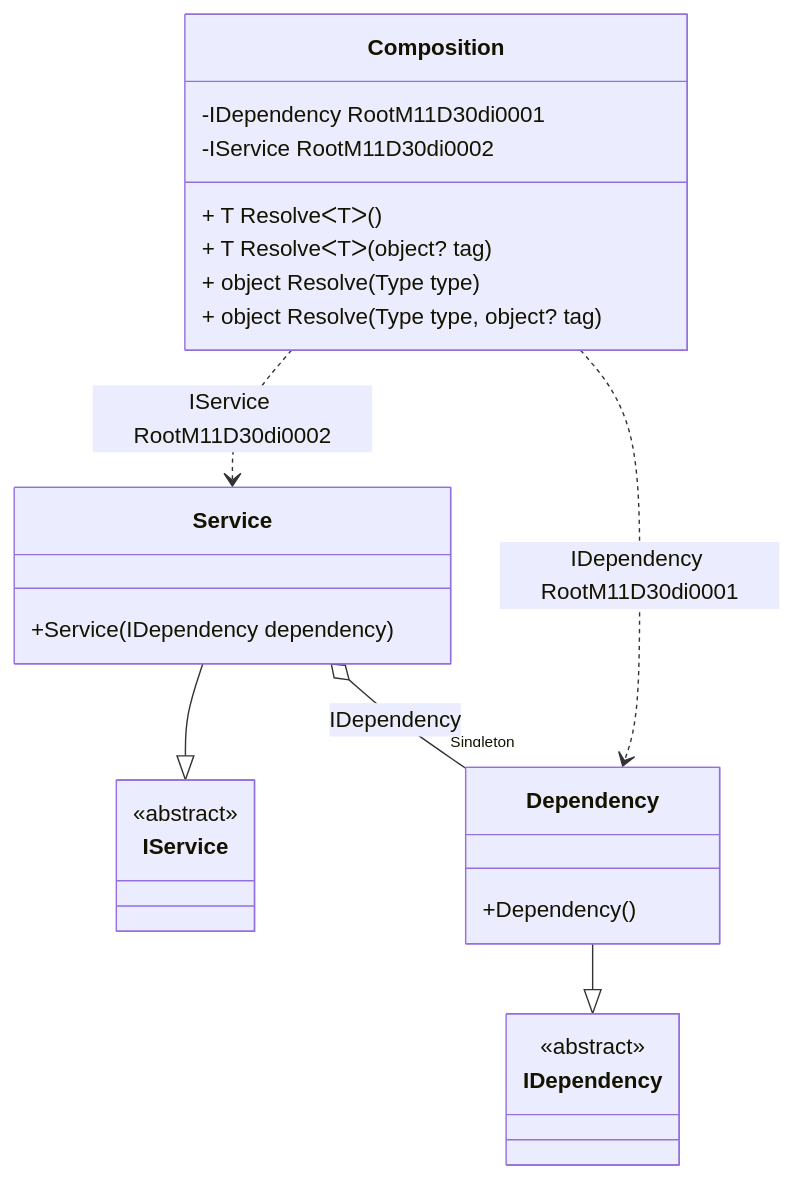
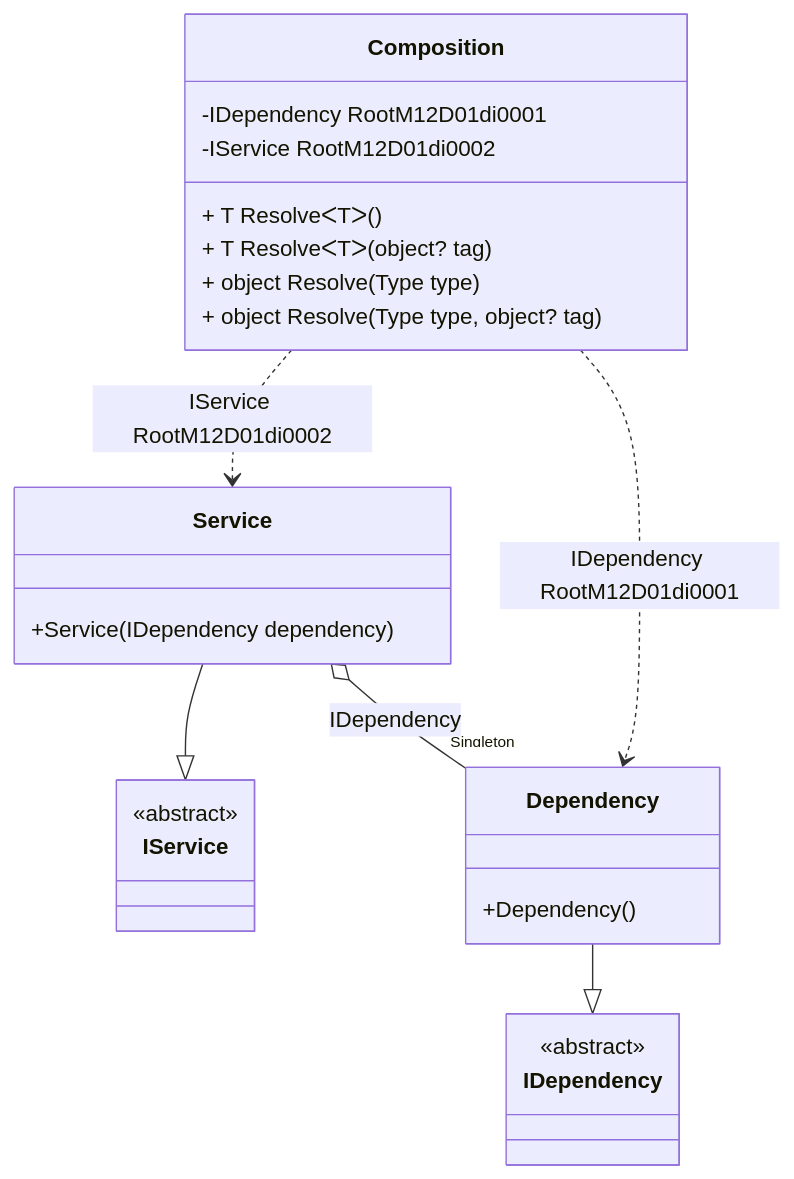
One commit to DevTeam/Pure.DI changed the diagram in readme/service-collection.md. Above: the diagram before and after it, drawn with Mermaid. The commit also changed other lines of this file and 72 other files, not shown here.

````diff
--- a/readme/service-collection.md
+++ b/readme/service-collection.md
@@ -50,28 +50,28 @@
 ```mermaid
 classDiagram
   class Composition {
-    -IDependency RootM11D30di0001
-    -IService RootM11D30di0002
+    -IDependency RootM12D01di0001
+    -IService RootM12D01di0002
     + T ResolveᐸTᐳ()
     + T ResolveᐸTᐳ(object? tag)
     + object Resolve(Type type)
     + object Resolve(Type type, object? tag)
   }
   Service --|> IService : 
   class Service {
     +Service(IDependency dependency)
   }
   Dependency --|> IDependency : 
   class Dependency {
     +Dependency()
   }
   class IService {
     <<abstract>>
   }
   class IDependency {
     <<abstract>>
   }
   Service o--  "Singleton" Dependency : IDependency
-  Composition ..> Dependency : IDependency RootM11D30di0001
-  Composition ..> Service : IService RootM11D30di0002
+  Composition ..> Dependency : IDependency RootM12D01di0001
+  Composition ..> Service : IService RootM12D01di0002
 ```
````
